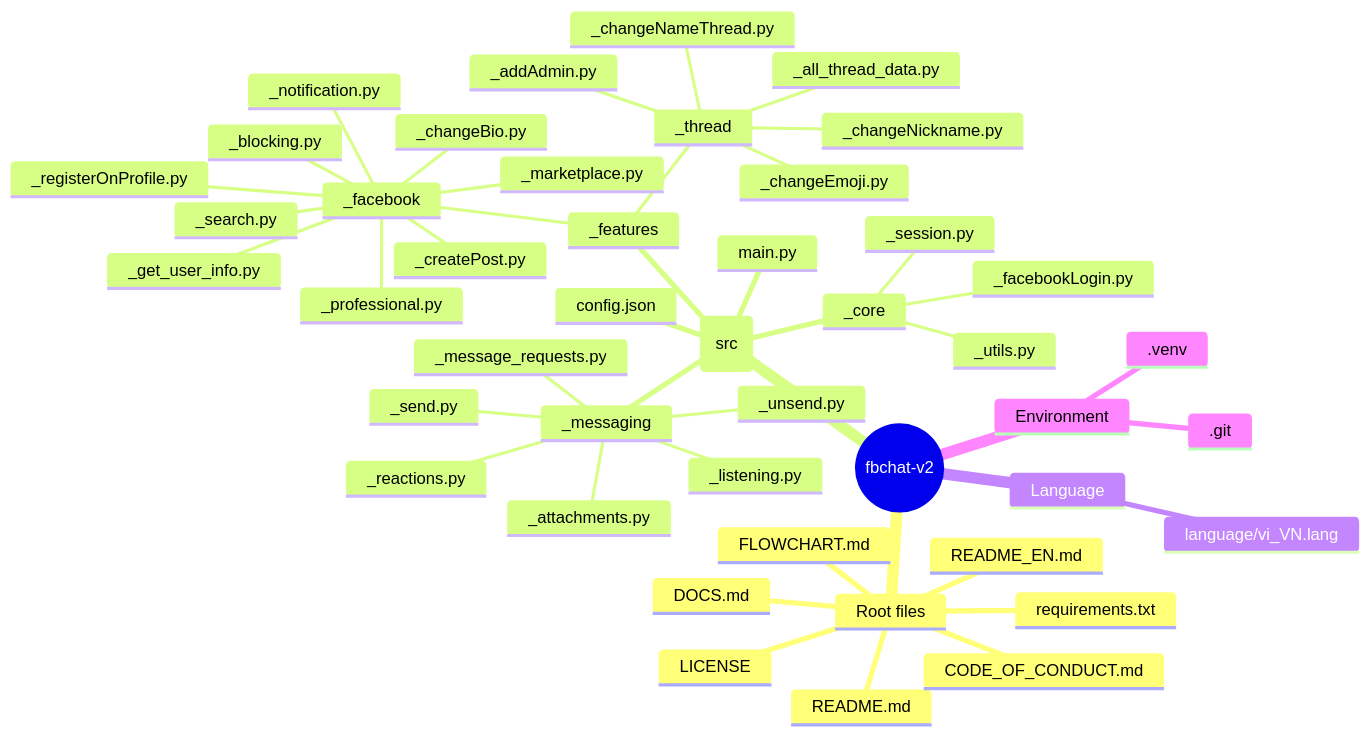
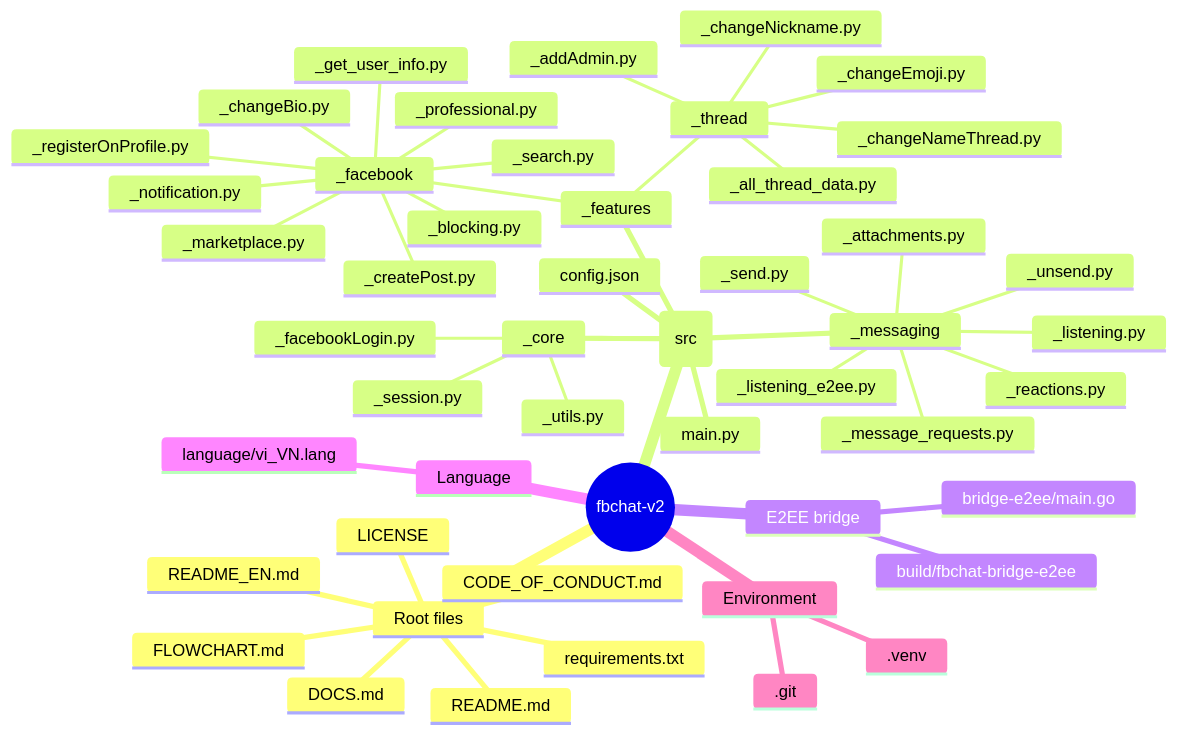
The second of 2 diagrams in README_EN.md (m008v/fbchat-v2), drawn with Mermaid before and after one commit. The commit also changed other lines of this file and 18 other files, not shown here.

````diff
--- a/README_EN.md
+++ b/README_EN.md
@@ -161,48 +170,52 @@
 ```mermaid
 mindmap
   root((fbchat-v2))
     Root files
       README.md
       README_EN.md
       DOCS.md
       FLOWCHART.md
       CODE_OF_CONDUCT.md
       LICENSE
       requirements.txt
     Source (src)
       main.py
       config.json
       _core
         _facebookLogin.py
         _session.py
         _utils.py
       _features
         _facebook
           _blocking.py
           _changeBio.py
           _createPost.py
           _get_user_info.py
           _marketplace.py
           _notification.py
           _professional.py
           _registerOnProfile.py
           _search.py
         _thread
           _addAdmin.py
           _all_thread_data.py
           _changeEmoji.py
           _changeNameThread.py
           _changeNickname.py
       _messaging
         _attachments.py
         _listening.py
+        _listening_e2ee.py
         _message_requests.py
         _reactions.py
         _send.py
         _unsend.py
+    E2EE bridge
+      bridge-e2ee/main.go
+      build/fbchat-bridge-e2ee
     Language
       language/vi_VN.lang
     Environment
       .venv
       .git
 ```
````
